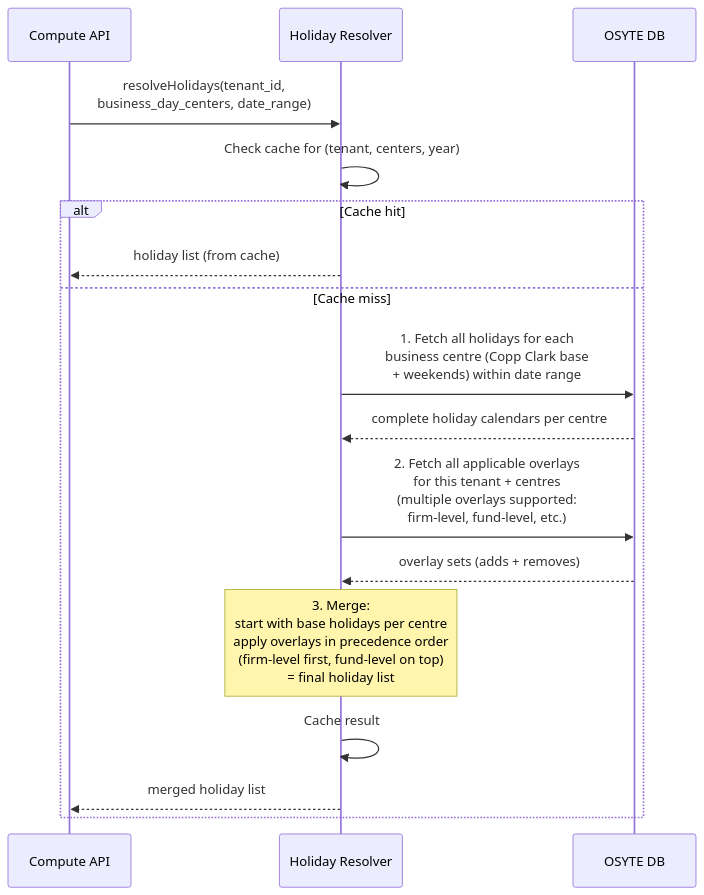
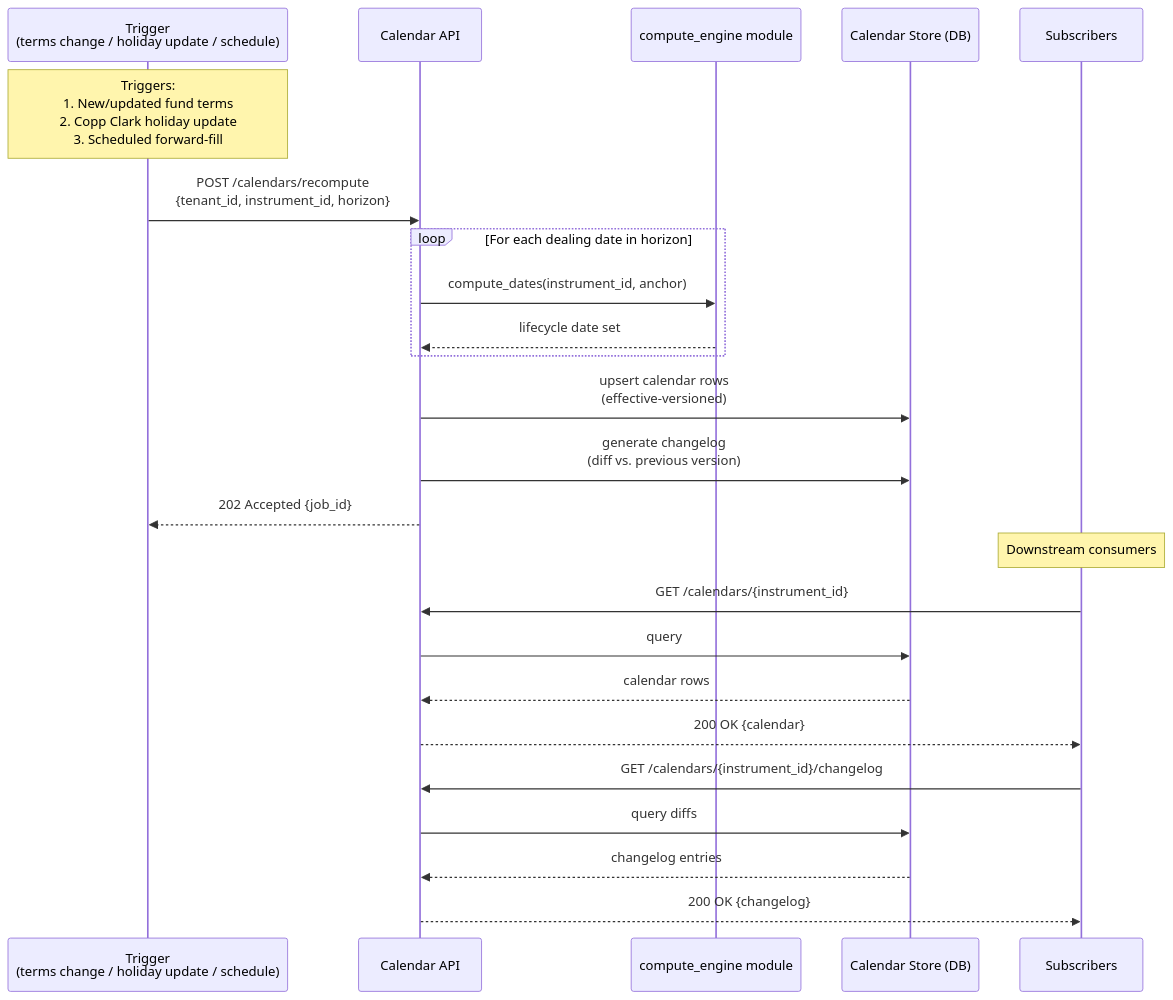
One commit to Ashu290905/OSYTE changed the second of 4 diagrams in lcs-main/docs/architecture.md. Above: the diagram before and after it, drawn with Mermaid. The commit also changed other lines of this file, not shown here.

First line of the commit message:
Restructure: APIs first, then engine, then HR/TR. Workflow as subheading.

````diff
--- a/lcs-main/docs/architecture.md
+++ b/lcs-main/docs/architecture.md
@@ -75,26 +167,35 @@
 ```mermaid
 sequenceDiagram
-    participant Caller as Compute API
-    participant HR as Holiday Resolver
-    participant DB as OSYTE DB
+    participant Trigger as Trigger<br/>(terms change / holiday update / schedule)
+    participant CalAPI as Calendar API
+    participant CE as compute_engine module
+    participant Store as Calendar Store (DB)
+    participant Sub as Subscribers
 
-    Caller->>HR: resolveHolidays(tenant_id,<br/>business_day_centers, date_range)
+    Note over Trigger: Triggers:<br/>1. New/updated fund terms<br/>2. Copp Clark holiday update<br/>3. Scheduled forward-fill
 
-    HR->>HR: Check cache for (tenant, centers, year)
+    Trigger->>CalAPI: POST /calendars/recompute<br/>{tenant_id, instrument_id, horizon}
 
-    alt Cache hit
-        HR-->>Caller: holiday list (from cache)
-    else Cache miss
-        HR->>DB: 1. Fetch all holidays for each<br/>business centre (Copp Clark base<br/>+ weekends) within date range
-        DB-->>HR: complete holiday calendars per centre
+    loop For each dealing date in horizon
+        CalAPI->>CE: compute_dates(instrument_id, anchor)
+        CE-->>CalAPI: lifecycle date set
+    end
 
-        HR->>DB: 2. Fetch all applicable overlays<br/>for this tenant + centres<br/>(multiple overlays supported:<br/>firm-level, fund-level, etc.)
-        DB-->>HR: overlay sets (adds + removes)
+    CalAPI->>Store: upsert calendar rows<br/>(effective-versioned)
 
-        Note over HR: 3. Merge:<br/>start with base holidays per centre<br/>apply overlays in precedence order<br/>(firm-level first, fund-level on top)<br/>= final holiday list
+    CalAPI->>Store: generate changelog<br/>(diff vs. previous version)
 
-        HR->>HR: Cache result
+    CalAPI-->>Trigger: 202 Accepted {job_id}
 
-        HR-->>Caller: merged holiday list
-    end
+    Note over Sub: Downstream consumers
+
+    Sub->>CalAPI: GET /calendars/{instrument_id}
+    CalAPI->>Store: query
+    Store-->>CalAPI: calendar rows
+    CalAPI-->>Sub: 200 OK {calendar}
+
+    Sub->>CalAPI: GET /calendars/{instrument_id}/changelog
+    CalAPI->>Store: query diffs
+    Store-->>CalAPI: changelog entries
+    CalAPI-->>Sub: 200 OK {changelog}
 ```
````
